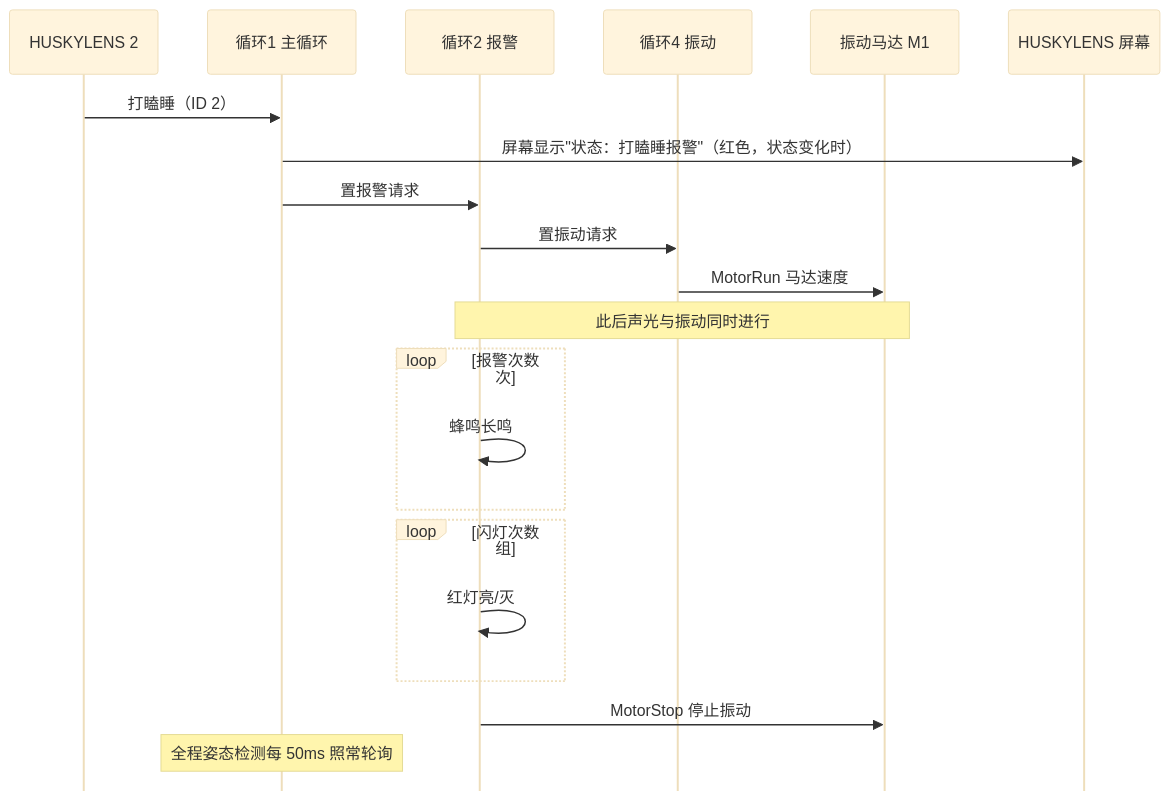
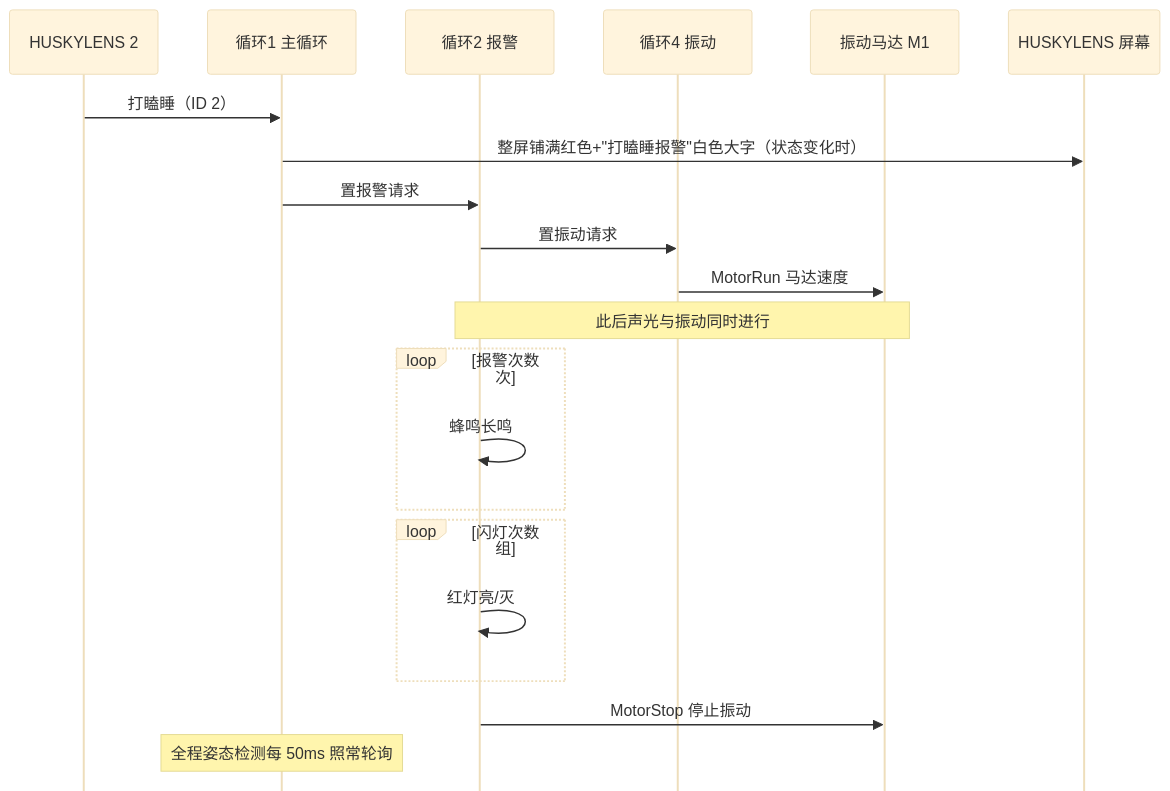
The third of 3 diagrams in README.md (Gsjsjzhznsz/driver), drawn with Mermaid before and after one commit. The commit also changed other lines of this file and 3 other files, not shown here.

````diff
--- a/README.md
+++ b/README.md
@@ -191,24 +192,24 @@
 ```mermaid
 %%{init: {"theme":"base","themeVariables":{"fontSize":"15px"},"sequence":{"mirrorActors":false,"messageAlign":"center"}}}%%
 sequenceDiagram
     participant H as HUSKYLENS 2
     participant M as 循环1 主循环
     participant A as 循环2 报警
     participant V as 循环4 振动
     participant E as 振动马达 M1
     participant S as HUSKYLENS 屏幕
     H->>M: 打瞌睡（ID 2）
-    M->>S: 屏幕显示"状态：打瞌睡报警"（红色，状态变化时）
+    M->>S: 整屏铺满红色+"打瞌睡报警"白色大字（状态变化时）
     M->>A: 置报警请求
     A->>V: 置振动请求
     V->>E: MotorRun 马达速度
     Note over A,E: 此后声光与振动同时进行
     loop 报警次数 次
         A->>A: 蜂鸣长鸣
     end
     loop 闪灯次数 组
         A->>A: 红灯亮/灭
     end
     A->>E: MotorStop 停止振动
     Note over M: 全程姿态检测每 50ms 照常轮询
 ```
````
